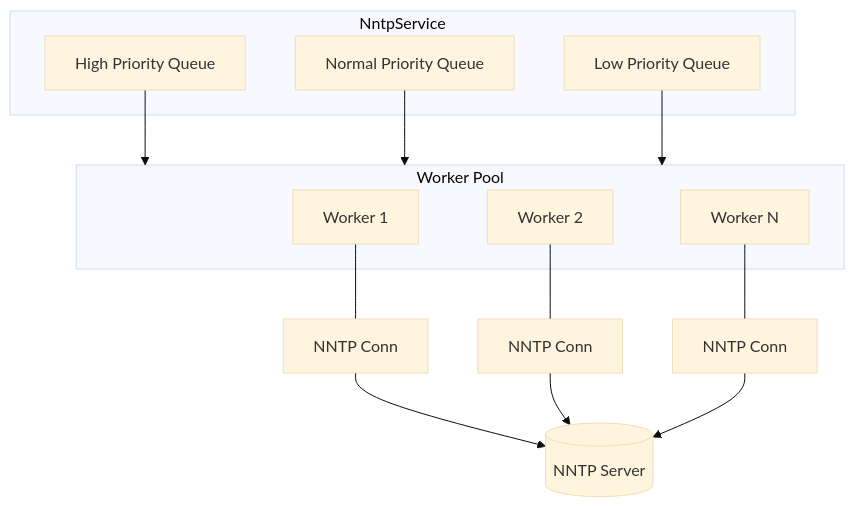
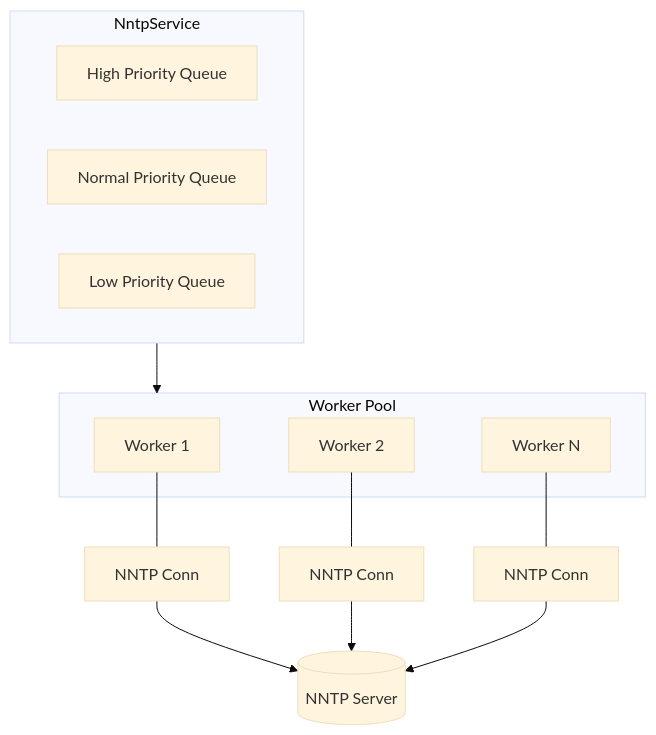
One commit to forever-august/september changed the third of 3 diagrams in docs/architecture.md. Above: the diagram before and after it, drawn with Mermaid (base theme). The commit also changed other lines of this file and 3 other files, not shown here.

````diff
--- a/docs/architecture.md
+++ b/docs/architecture.md
@@ -55,28 +67,26 @@
 ```mermaid
 graph TB
     subgraph Service["NntpService"]
         HQ[High Priority Queue]
         NQ[Normal Priority Queue]
         LQ[Low Priority Queue]
     end
 
     subgraph Pool["Worker Pool"]
         W1[Worker 1]
         W2[Worker 2]
         WN[Worker N]
     end
 
     W1 --- C1[NNTP Conn]
     W2 --- C2[NNTP Conn]
     WN --- CN[NNTP Conn]
 
     NNTP[(NNTP Server)]
 
-    HQ --> Pool
-    NQ --> Pool
-    LQ --> Pool
+    Service --> Pool
 
     C1 --> NNTP
     C2 --> NNTP
     CN --> NNTP
 ```
````
